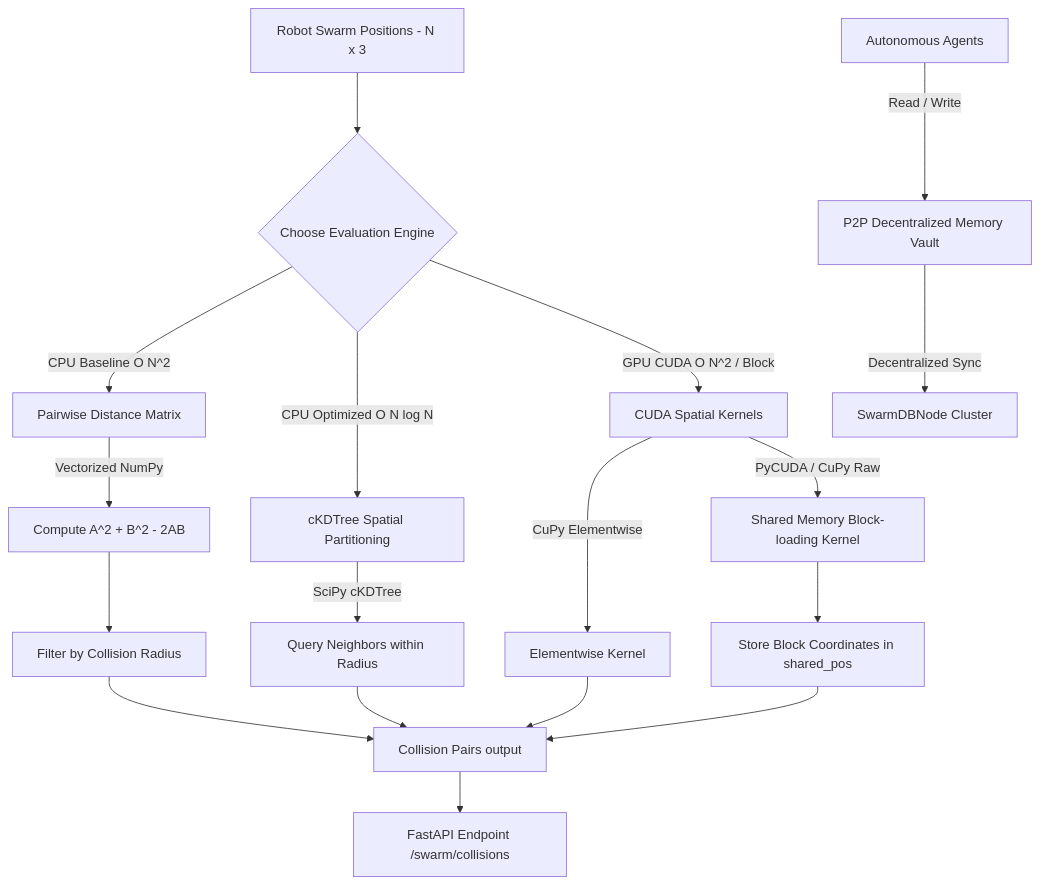
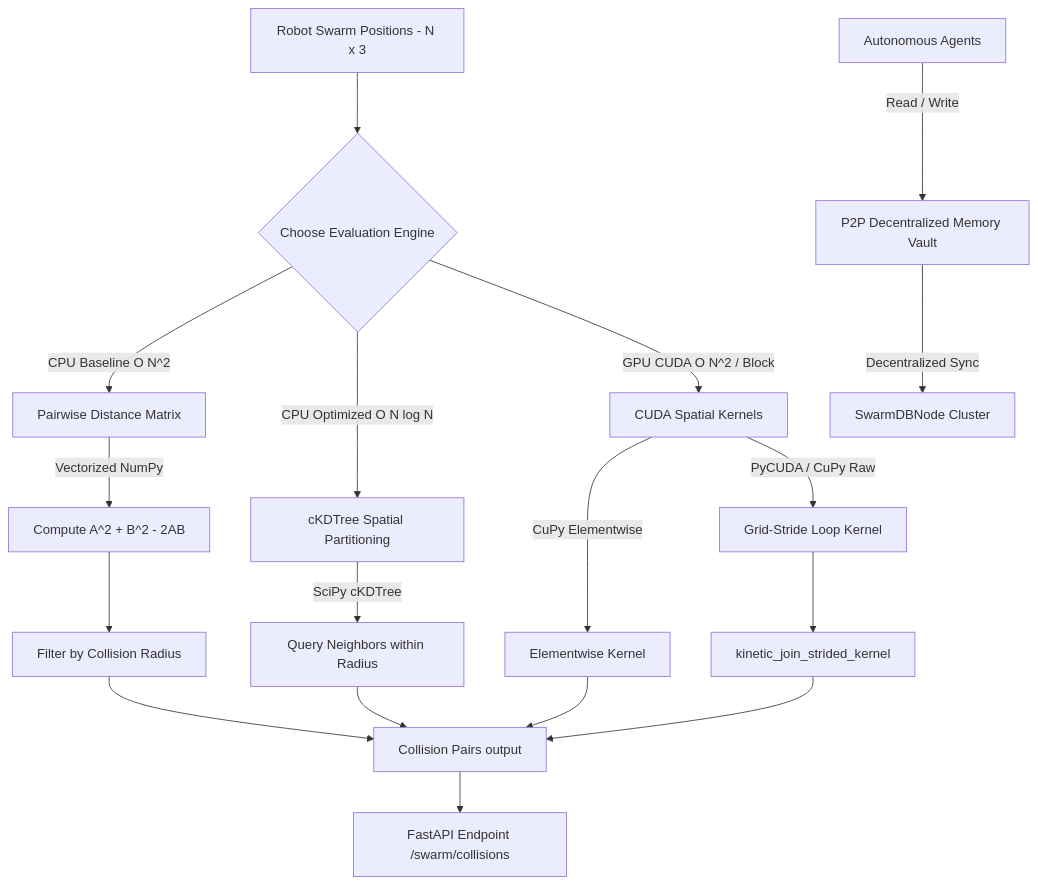
Before and after one commit to LuxShar007/SwarmDB: the diagram in README.md, drawn with Mermaid. The commit also changed other lines of this file and 7 other files, not shown here.

Commit message:
Update to Grid-Stride CUDA kernel, fix IDE linting shims, and configure CUDA path variables

````diff
--- a/README.md
+++ b/README.md
@@ -31,26 +31,27 @@
 ```mermaid
 graph TD
     A[Robot Swarm Positions - N x 3] --> B{Choose Evaluation Engine}
     
     B -->|CPU Baseline O N^2| C[Pairwise Distance Matrix]
     C -->|Vectorized NumPy| C1[Compute A^2 + B^2 - 2AB]
-    C1 --> C2[Filter by Collision Radius]
+    C2[Filter by Collision Radius]
+    C1 --> C2
     
     B -->|CPU Optimized O N log N| D[cKDTree Spatial Partitioning]
     D -->|SciPy cKDTree| D1[Query Neighbors within Radius]
     
     B -->|GPU CUDA O N^2 / Block| E[CUDA Spatial Kernels]
     E -->|CuPy Elementwise| E1[Elementwise Kernel]
-    E -->|PyCUDA / CuPy Raw| E2[Shared Memory Block-loading Kernel]
-    E2 --> E3[Store Block Coordinates in shared_pos]
+    E -->|PyCUDA / CuPy Raw| E2[Grid-Stride Loop Kernel]
+    E2 --> E3[kinetic_join_strided_kernel]
     
     C2 --> F[Collision Pairs output]
     D1 --> F
     E1 --> F
     E3 --> F
     
     F --> G[FastAPI Endpoint /swarm/collisions]
     
     H[Autonomous Agents] -->|Read / Write| I[P2P Decentralized Memory Vault]
     I -->|Decentralized Sync| I1[SwarmDBNode Cluster]
 ```
````
